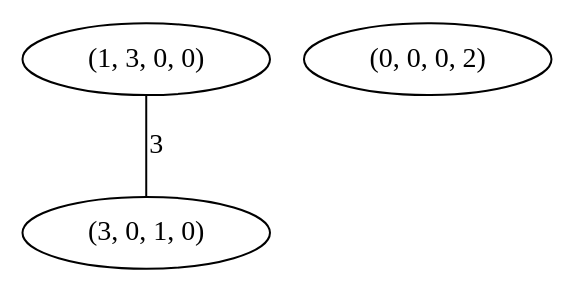
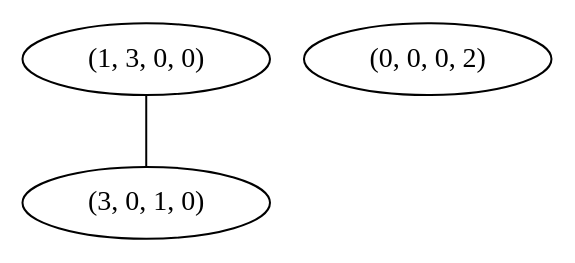
One commit to numerical-semigroups/wiki changed the diagram in Presentations-NS/Congruence-compatible.qmd. Above: the diagram before and after it, drawn with Graphviz. The commit also changed 8 other files, not shown here.

````diff
--- a/Presentations-NS/Congruence-compatible.qmd
+++ b/Presentations-NS/Congruence-compatible.qmd
@@ -23,10 +23,10 @@
 ```{dot}
-// | fig-width: 25%
-// | fig-height: 100px
+// | fig-width: 35%
+// | fig-height: 150px
 graph  NSGraph{
 1 [label=" (1, 3, 0, 0)"];
 2 [label=" (3, 0, 1, 0)"];
 3 [label=" (0, 0, 0, 2)"];
-1 -- 2[label="3" ];
+1 -- 2
 }
 ```
````
